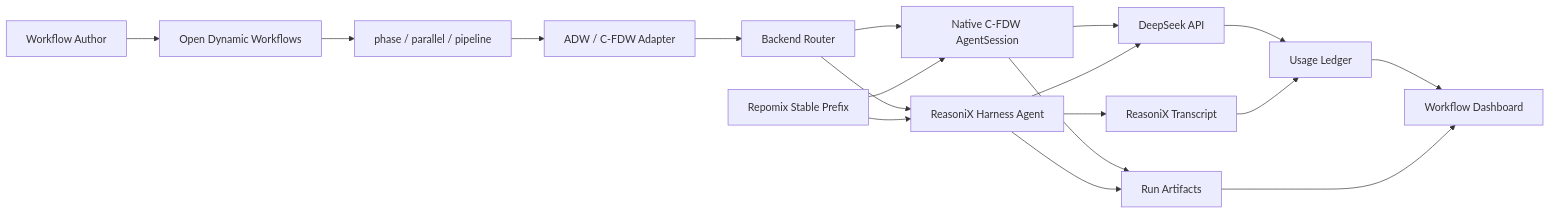
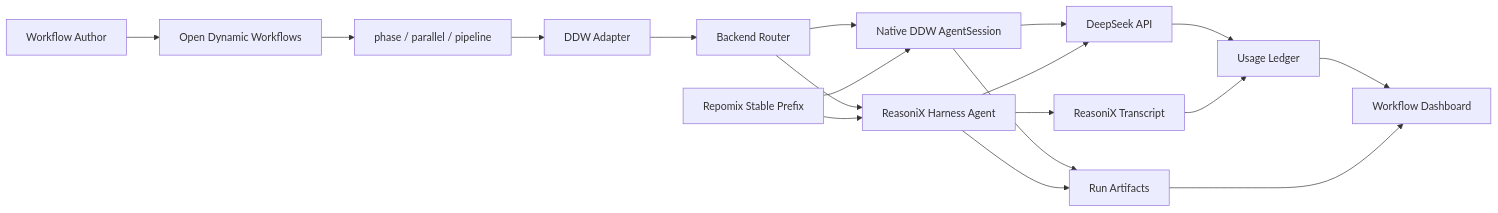
One commit to giao-123-sun/Deepseek-Dynamic-Workflow changed the diagram in README.md. Above: the diagram before and after it, drawn with Mermaid. The commit also changed other lines of this file and 37 other files, not shown here.

````diff
--- a/README.md
+++ b/README.md
@@ -83,20 +135,20 @@
 ```mermaid
 flowchart LR
   Author["Workflow Author"] --> ODW["Open Dynamic Workflows"]
   ODW --> Phase["phase / parallel / pipeline"]
-  Phase --> Adapter["ADW / C-FDW Adapter"]
+  Phase --> Adapter["DDW Adapter"]
   Adapter --> Router["Backend Router"]
-  Router --> Native["Native C-FDW AgentSession"]
+  Router --> Native["Native DDW AgentSession"]
   Router --> RX["ReasoniX Harness Agent"]
   Native --> DS["DeepSeek API"]
   RX --> DS
   Prefix["Repomix Stable Prefix"] --> Native
   Prefix --> RX
   DS --> Usage["Usage Ledger"]
   RX --> Transcript["ReasoniX Transcript"]
   Native --> Artifacts["Run Artifacts"]
   RX --> Artifacts
   Usage --> Dashboard["Workflow Dashboard"]
   Transcript --> Usage
   Artifacts --> Dashboard
 ```
````
